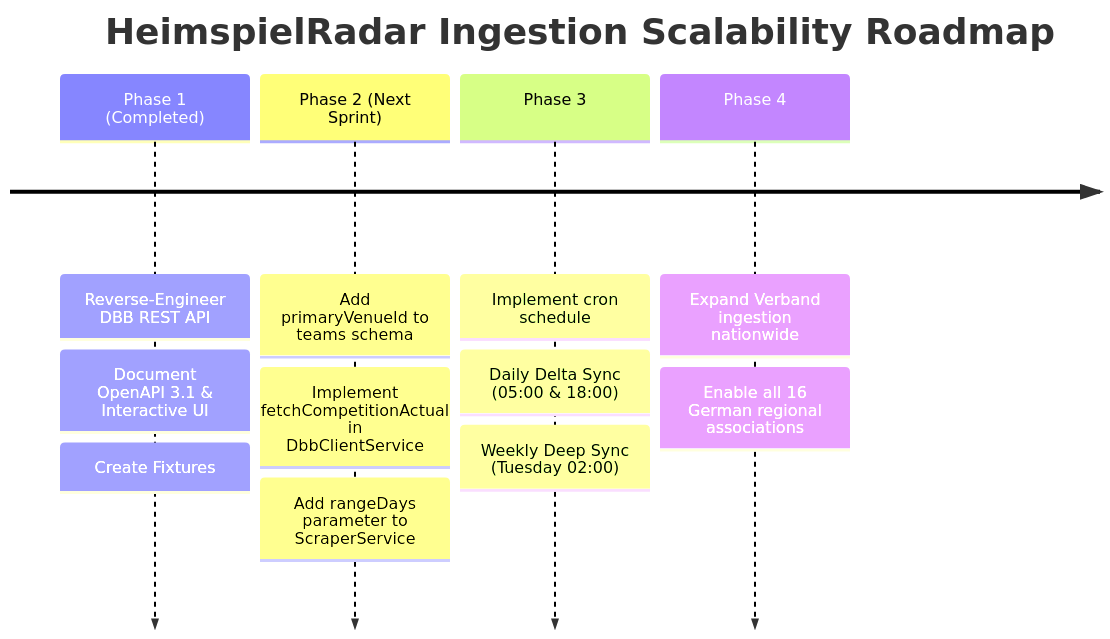
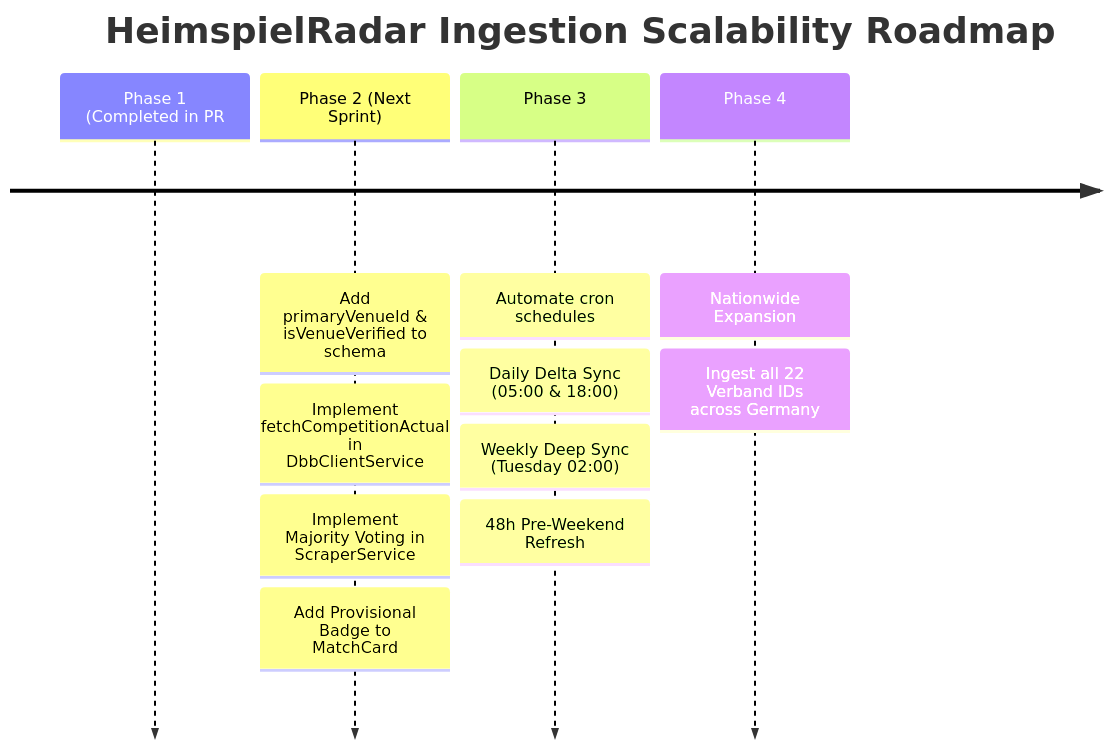
One commit to TheCodeOne/HeimspielRadar changed the fifth of 5 diagrams in docs/scraper-optimization-strategy.md. Above: the diagram before and after it, drawn with Mermaid. The commit also changed other lines of this file, not shown here.

Commit message:
docs(scraper): refine optimization strategy with two-tier venue verification and majority voting

````diff
--- a/docs/scraper-optimization-strategy.md
+++ b/docs/scraper-optimization-strategy.md
@@ -299,8 +314,8 @@
 ```mermaid
 timeline
     title HeimspielRadar Ingestion Scalability Roadmap
-    Phase 1 (Completed) : Reverse-Engineer DBB REST API : Document OpenAPI 3.1 & Interactive UI : Create Fixtures
-    Phase 2 (Next Sprint) : Add primaryVenueId to teams schema : Implement fetchCompetitionActual in DbbClientService : Add rangeDays parameter to ScraperService
-    Phase 3 : Implement cron schedule : Daily Delta Sync (05:00 & 18:00) : Weekly Deep Sync (Tuesday 02:00)
-    Phase 4 : Expand Verband ingestion nationwide : Enable all 16 German regional associations
+    Phase 1 (Completed in PR #69) : Reverse-Engineer DBB REST API : Document OpenAPI 3.1 & Interactive UI : Architect Two-Tier Verification Blueprint
+    Phase 2 (Next Sprint) : Add primaryVenueId & isVenueVerified to schema : Implement fetchCompetitionActual in DbbClientService : Implement Majority Voting in ScraperService : Add Provisional Badge to MatchCard
+    Phase 3 : Automate cron schedules : Daily Delta Sync (05:00 & 18:00) : Weekly Deep Sync (Tuesday 02:00) : 48h Pre-Weekend Refresh
+    Phase 4 : Nationwide Expansion : Ingest all 22 Verband IDs across Germany
 ```
````
